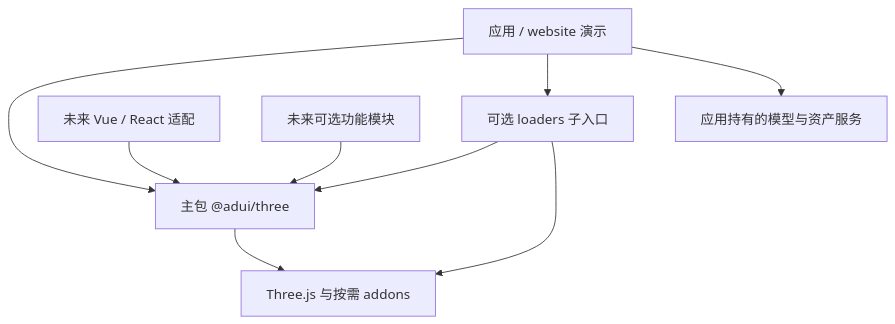
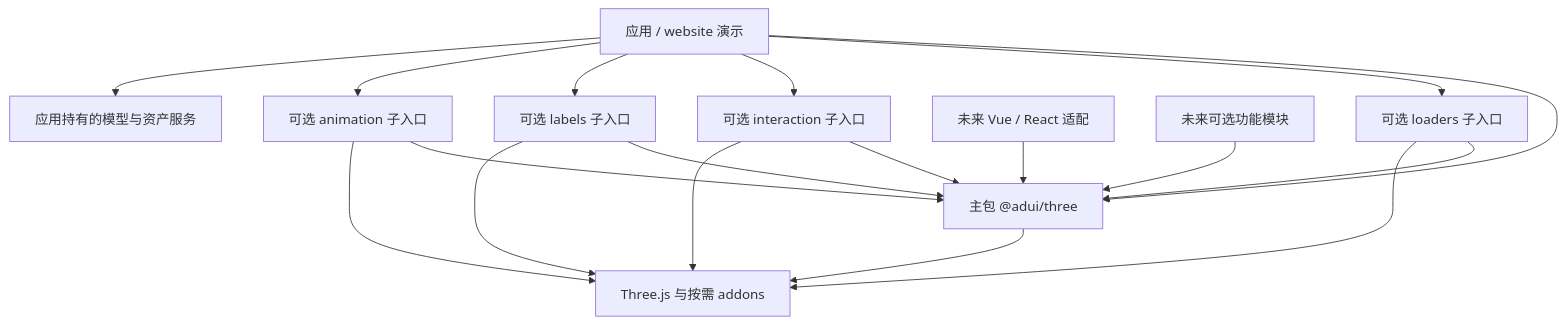
One commit to adui-studio/adui-three changed the diagram in docs/ARCHITECTURE.md. Above: the diagram before and after it, drawn with Mermaid. The commit also changed other lines of this file and 12 other files, not shown here.

````diff
--- a/docs/ARCHITECTURE.md
+++ b/docs/ARCHITECTURE.md
@@ -15,11 +21,20 @@
 ```mermaid
 flowchart TD
   App[应用 / website 演示] --> Core[主包 @adui/three]
   App --> Models[可选 loaders 子入口]
   Models --> Core
   Models --> Three
+  App --> Picking[可选 interaction 子入口]
+  Picking --> Core
+  Picking --> Three
+  App --> Labels[可选 labels 子入口]
+  Labels --> Core
+  Labels --> Three
+  App --> Animation[可选 animation 子入口]
+  Animation --> Core
+  Animation --> Three
   Adapter[未来 Vue / React 适配] --> Core
   Feature[未来可选功能模块] --> Core
   Core --> Three[Three.js 与按需 addons]
   App --> Assets[应用持有的模型与资产服务]
 ```
````
